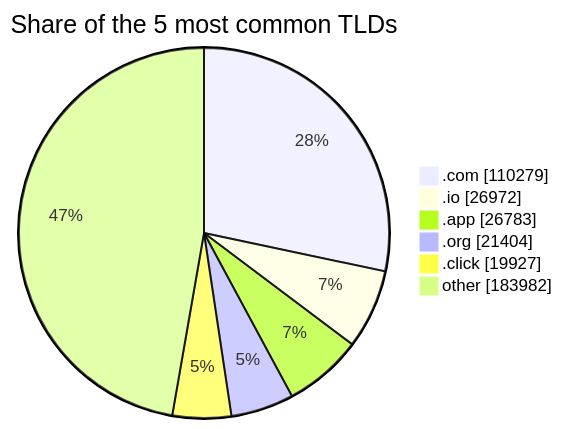
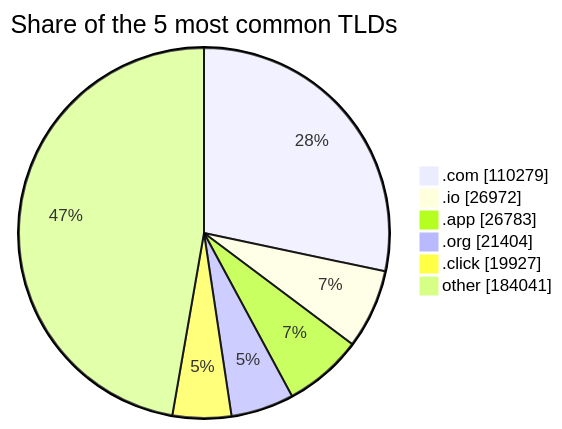
The third of 3 diagrams in README.md (DNSBunker/CTI), drawn with Mermaid before and after one commit. The commit also changed other lines of this file and 3 other files, not shown here.

````diff
--- a/README.md
+++ b/README.md
@@ -81,9 +81,9 @@
 ```mermaid
 pie showData title Share of the 5 most common TLDs
     ".com" : 110279
     ".io" : 26972
     ".app" : 26783
     ".org" : 21404
     ".click" : 19927
-    "other" : 183982
+    "other" : 184041
 ```
````
